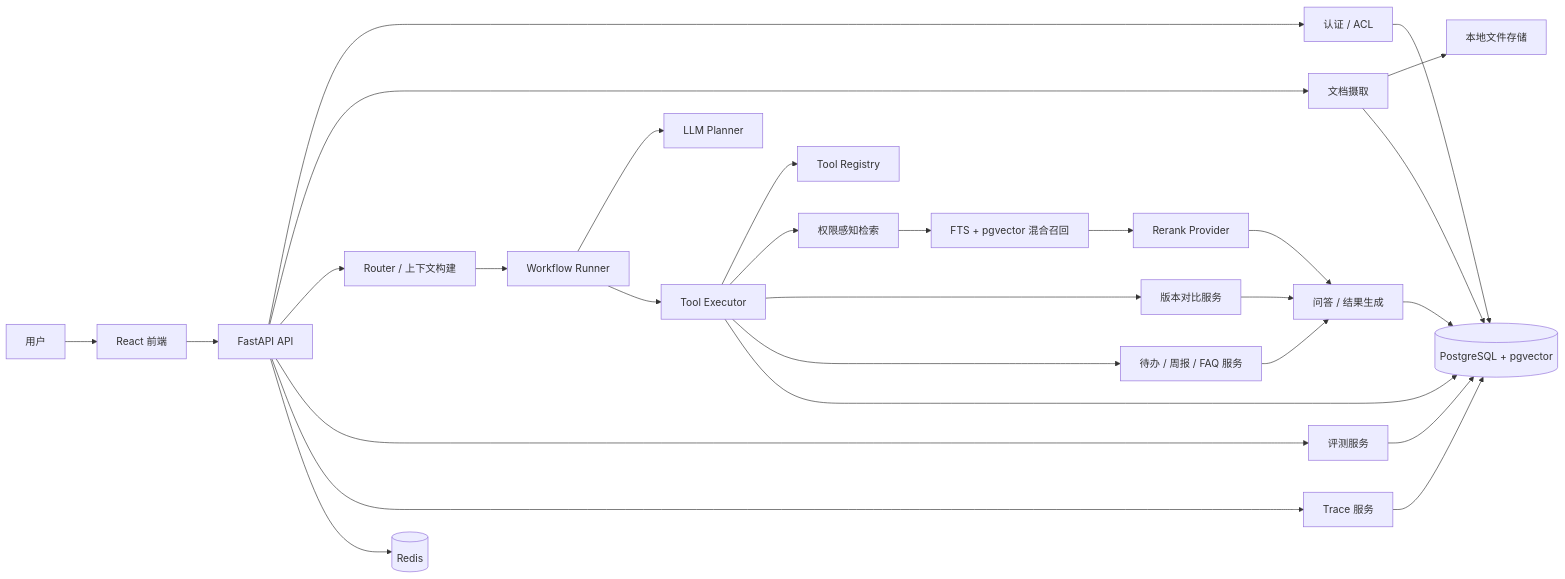
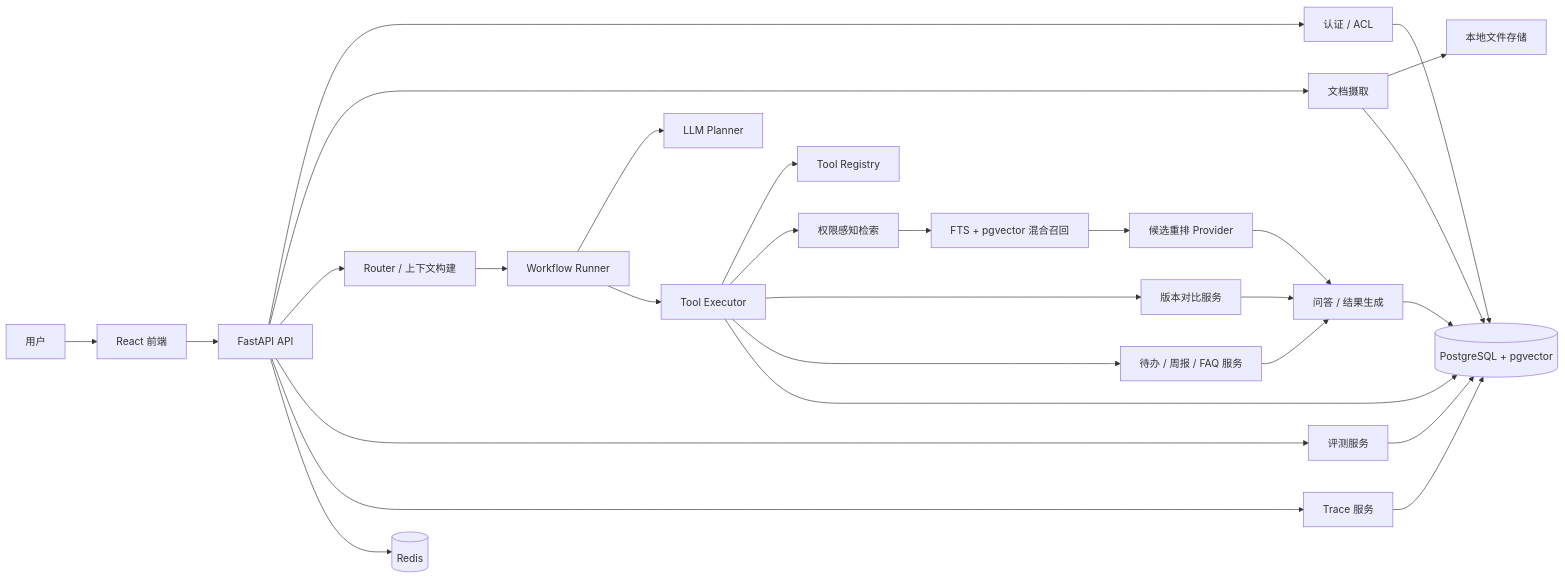
The diagram in README.md (lgloq/doc_helper), drawn with Mermaid before and after one commit. The commit also changed other lines of this file and 70 other files, not shown here.

````diff
--- a/README.md
+++ b/README.md
@@ -76,31 +75,31 @@
 ```mermaid
 %%{init: {'flowchart': {'curve': 'basis'}}}%%
 flowchart LR
     U["用户"] --> FE["React 前端"]
     FE --> API["FastAPI API"]
     API --> AUTH["认证 / ACL"]
     API --> INGEST["文档摄取"]
     API --> ROUTER["Router / 上下文构建"]
     ROUTER --> RUNNER["Workflow Runner"]
     RUNNER --> PLANNER["LLM Planner"]
     RUNNER --> EXEC["Tool Executor"]
     EXEC --> REG["Tool Registry"]
     EXEC --> SEARCH["权限感知检索"]
     SEARCH --> HYBRID["FTS + pgvector 混合召回"]
-    HYBRID --> RERANK["Rerank Provider"]
+    HYBRID --> RERANK["候选重排 Provider"]
     EXEC --> DIFF["版本对比服务"]
     EXEC --> TASKS["待办 / 周报 / FAQ 服务"]
     RERANK --> ANSWER["问答 / 结果生成"]
     DIFF --> ANSWER
     TASKS --> ANSWER
     API --> EVAL["评测服务"]
     API --> OBS["Trace 服务"]
     AUTH --> PG[("PostgreSQL + pgvector")]
     INGEST --> FILES["本地文件存储"]
     INGEST --> PG
     EXEC --> PG
     ANSWER --> PG
     EVAL --> PG
     OBS --> PG
     API --> REDIS[("Redis")]
 ```
````
